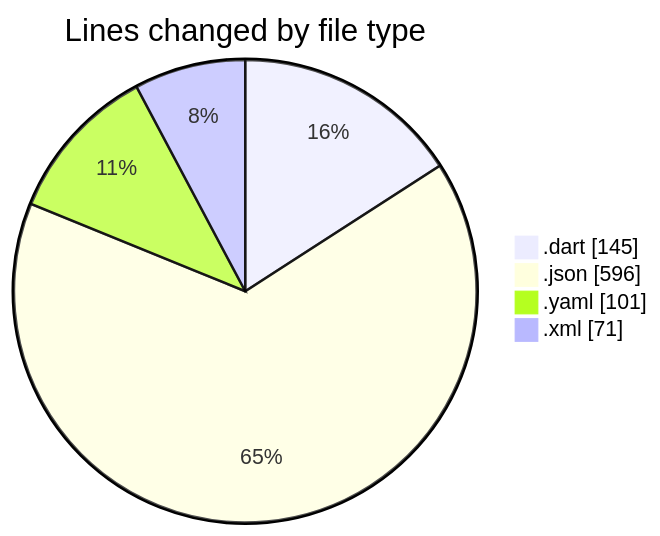
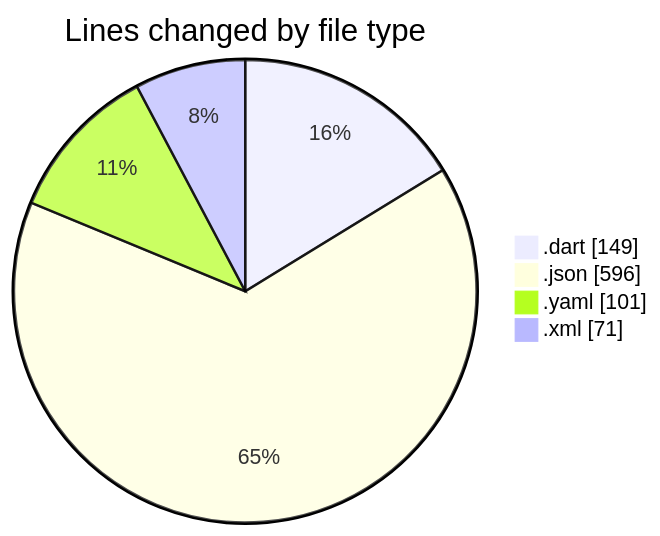
The first of 2 diagrams in 2025-02-21/uber_clone/README.md (donsfak/code-tracking), drawn with Mermaid before and after one commit. The commit also changed other lines of this file and 1 other file, not shown here.

````diff
--- a/2025-02-21/uber_clone/README.md
+++ b/2025-02-21/uber_clone/README.md
@@ -26,8 +26,8 @@
 ```mermaid
 pie showData
 title Lines changed by file type
-".dart" : 145
+".dart" : 149
 ".json" : 596
 ".yaml" : 101
 ".xml" : 71
 ```
````
